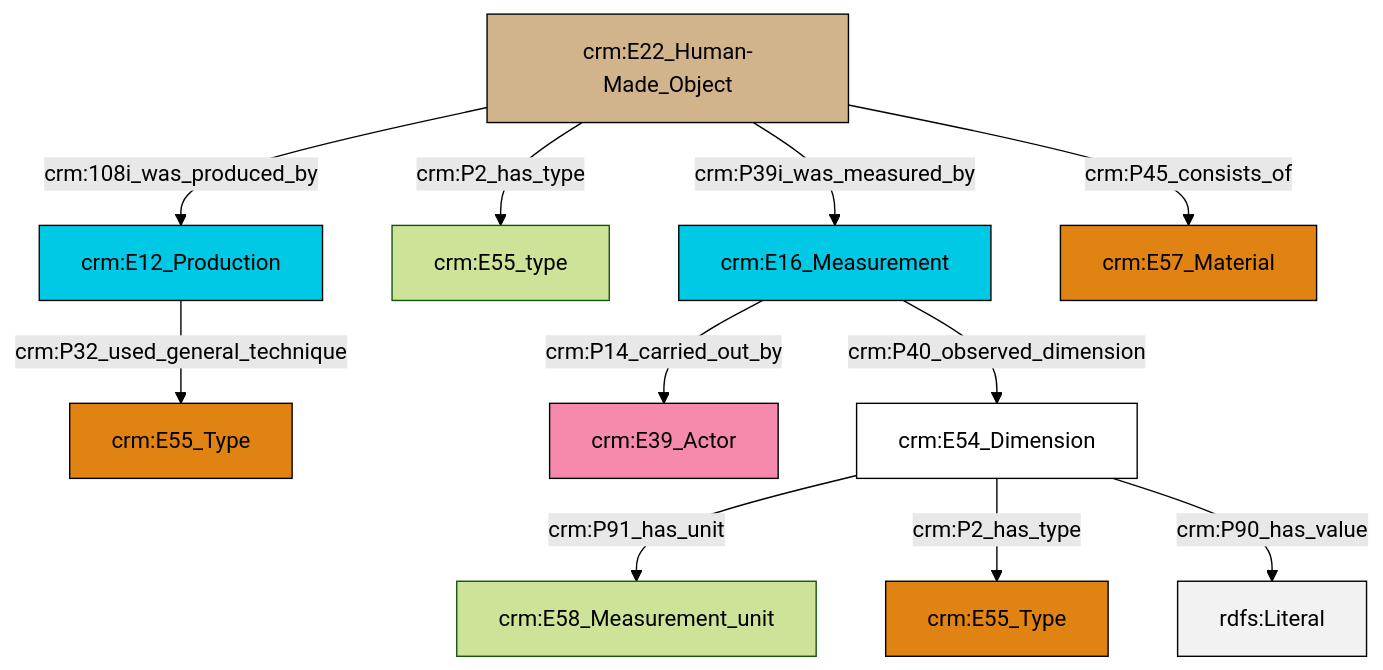
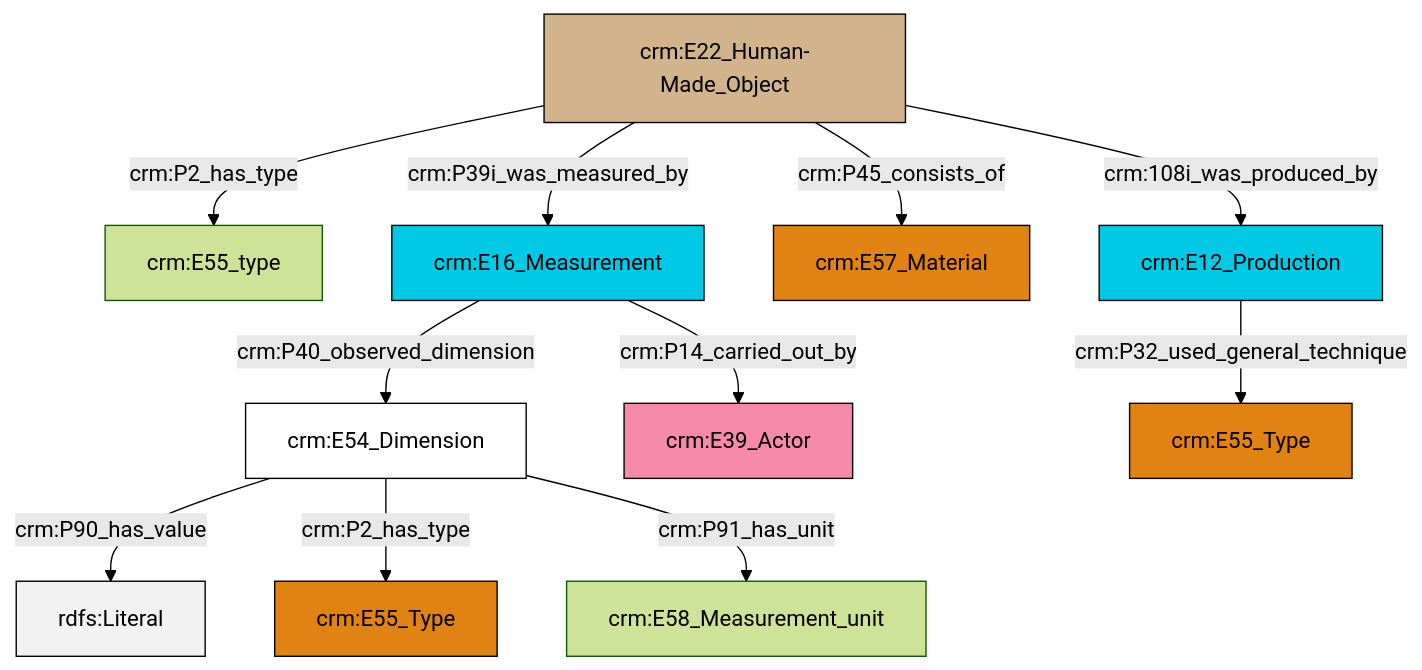
Before and after one commit to swiss-art-research-net/docs.swissartresearch: the diagram in et/artworkCSV/ttl/mmd/Artwork_substance.ttl.mmd, drawn with Mermaid (forest theme). The commit also changed 182 other files, not shown here.

```diff
--- a/et/artworkCSV/ttl/mmd/Artwork_substance.ttl.mmd
+++ b/et/artworkCSV/ttl/mmd/Artwork_substance.ttl.mmd
@@ -1,25 +1,25 @@
 graph TD
 classDef Literal fill:#f2f2f2,stroke:#000000;
 classDef CRM_Entity fill:#FFFFFF,stroke:#000000;
 classDef Temporal_Entity fill:#00C9E6, stroke:#000000;
 classDef Type fill:#E18312, stroke:#000000;
 classDef Time-Span fill:#2C9C91, stroke:#000000;
 classDef Appellation fill:#FFEB7F, stroke:#000000;
 classDef Place fill:#008836, stroke:#000000;
 classDef Persistent_Item fill:#B266B2, stroke:#000000;
 classDef Conceptual_Object fill:#FFD700, stroke:#000000;
 classDef Physical_Thing fill:#D2B48C, stroke:#000000;
 classDef Actor fill:#f58aad, stroke:#000000;
 classDef PC_Classes fill:#4ce600, stroke:#000000;
 classDef Multi fill:#cccccc,stroke:#000000;
 
-2["crm:E54_Dimension"]:::CRM_Entity -->|crm:P91_has_unit| 0["crm:E58_Measurement_unit"]:::Default
-3["crm:E22_Human-Made_Object"]:::Physical_Thing -->|crm:108i_was_produced_by| 4["crm:E12_Production"]:::Temporal_Entity
-3["crm:E22_Human-Made_Object"]:::Physical_Thing -->|crm:P2_has_type| 5["crm:E55_type"]:::Default
-4["crm:E12_Production"]:::Temporal_Entity -->|crm:P32_used_general_technique| 7["crm:E55_Type"]:::Type
-3["crm:E22_Human-Made_Object"]:::Physical_Thing -->|crm:P39i_was_measured_by| 10["crm:E16_Measurement"]:::Temporal_Entity
-3["crm:E22_Human-Made_Object"]:::Physical_Thing -->|crm:P45_consists_of| 12["crm:E57_Material"]:::Type
-10["crm:E16_Measurement"]:::Temporal_Entity -->|crm:P14_carried_out_by| 14["crm:E39_Actor"]:::Actor
-2["crm:E54_Dimension"]:::CRM_Entity -->|crm:P2_has_type| 8["crm:E55_Type"]:::Type
-2["crm:E54_Dimension"]:::CRM_Entity -->|crm:P90_has_value| 18[rdfs:Literal]:::Literal
-10["crm:E16_Measurement"]:::Temporal_Entity -->|crm:P40_observed_dimension| 2["crm:E54_Dimension"]:::CRM_Entity
+0["crm:E16_Measurement"]:::Temporal_Entity -->|crm:P40_observed_dimension| 1["crm:E54_Dimension"]:::CRM_Entity
+4["crm:E22_Human-Made_Object"]:::Physical_Thing -->|crm:P2_has_type| 5["crm:E55_type"]:::Default
+4["crm:E22_Human-Made_Object"]:::Physical_Thing -->|crm:P39i_was_measured_by| 0["crm:E16_Measurement"]:::Temporal_Entity
+4["crm:E22_Human-Made_Object"]:::Physical_Thing -->|crm:P45_consists_of| 2["crm:E57_Material"]:::Type
+11["crm:E12_Production"]:::Temporal_Entity -->|crm:P32_used_general_technique| 12["crm:E55_Type"]:::Type
+1["crm:E54_Dimension"]:::CRM_Entity -->|crm:P90_has_value| 14[rdfs:Literal]:::Literal
+1["crm:E54_Dimension"]:::CRM_Entity -->|crm:P2_has_type| 16["crm:E55_Type"]:::Type
+1["crm:E54_Dimension"]:::CRM_Entity -->|crm:P91_has_unit| 9["crm:E58_Measurement_unit"]:::Default
+4["crm:E22_Human-Made_Object"]:::Physical_Thing -->|crm:108i_was_produced_by| 11["crm:E12_Production"]:::Temporal_Entity
+0["crm:E16_Measurement"]:::Temporal_Entity -->|crm:P14_carried_out_by| 19["crm:E39_Actor"]:::Actor
```
